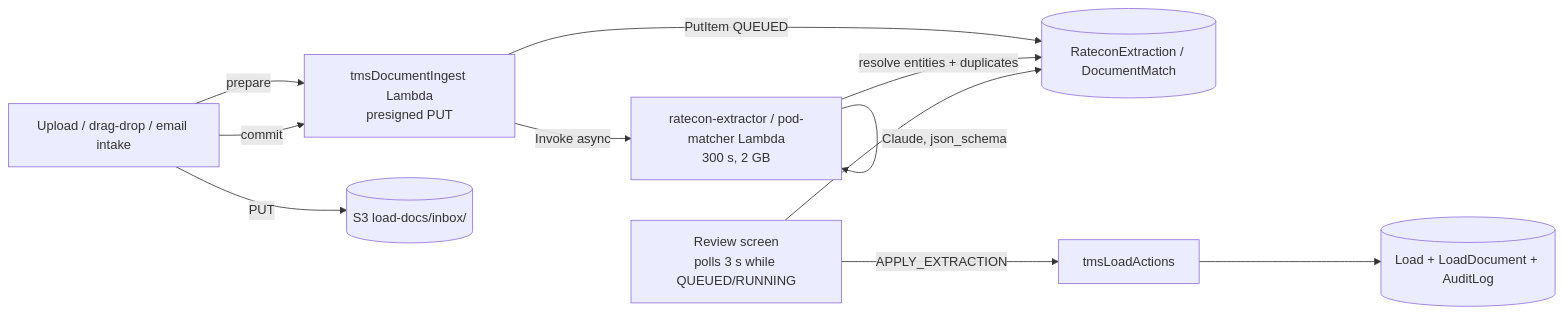
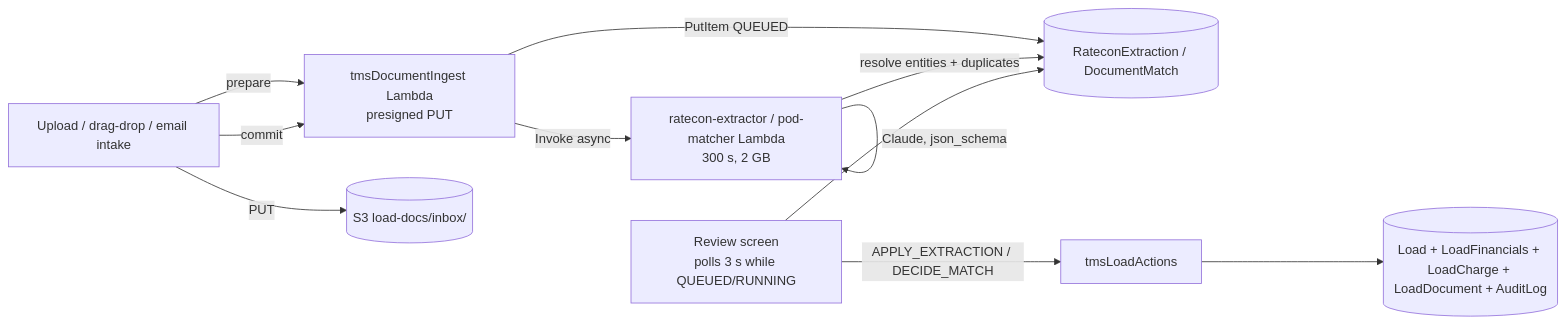
One commit to ai4bcat-web/bcat-ops changed the diagram in Docs/TMS_DESIGN.md. Above: the diagram before and after it, drawn with Mermaid. The commit also changed other lines of this file, not shown here.

Commit message:
docs(tms): design rev 2 — architecture review corrections, prioritised decisions

````diff
--- a/Docs/TMS_DESIGN.md
+++ b/Docs/TMS_DESIGN.md
@@ -363,13 +440,13 @@
 ```mermaid
 flowchart LR
   U[Upload / drag-drop / email intake] -->|prepare| P[tmsDocumentIngest Lambda\npresigned PUT]
   U -->|PUT| S3[(S3 load-docs/inbox/)]
   U -->|commit| P
   P -->|PutItem QUEUED| X[(RateconExtraction / DocumentMatch)]
   P -->|Invoke async| E[ratecon-extractor / pod-matcher Lambda\n300 s, 2 GB]
   E -->|Claude, json_schema| E
   E -->|resolve entities + duplicates| X
   R[Review screen\npolls 3 s while QUEUED/RUNNING] --> X
-  R -->|APPLY_EXTRACTION| L[tmsLoadActions]
-  L --> Load[(Load + LoadDocument + AuditLog)]
+  R -->|APPLY_EXTRACTION / DECIDE_MATCH| L[tmsLoadActions]
+  L --> Load[(Load + LoadFinancials + LoadCharge + LoadDocument + AuditLog)]
 ```
````
